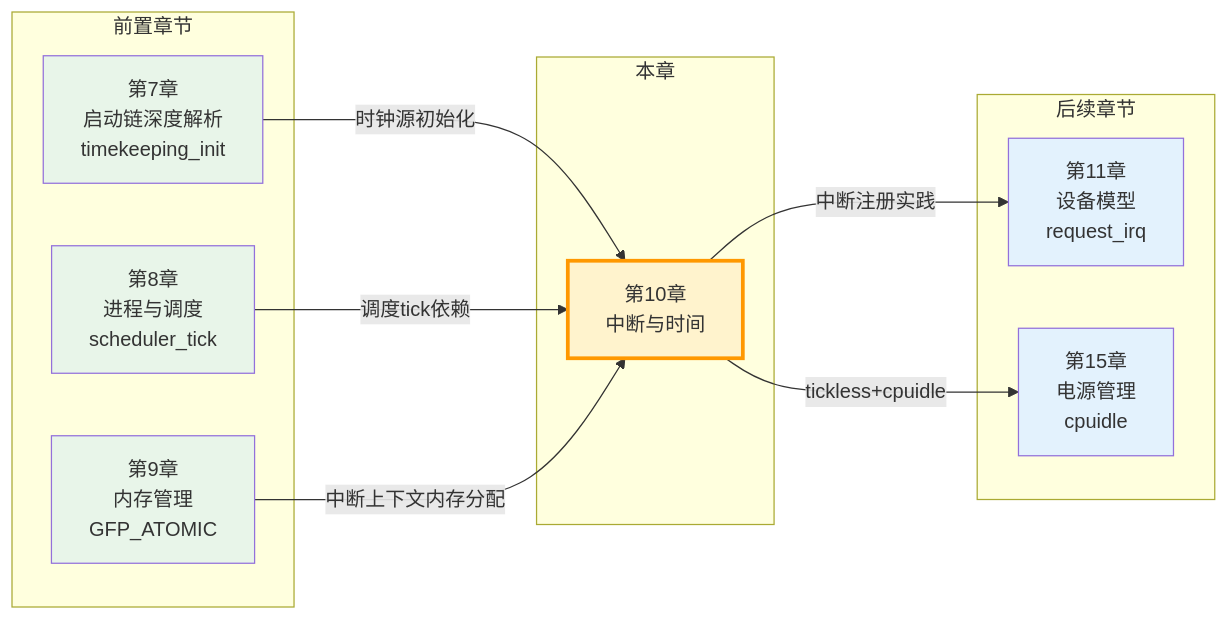
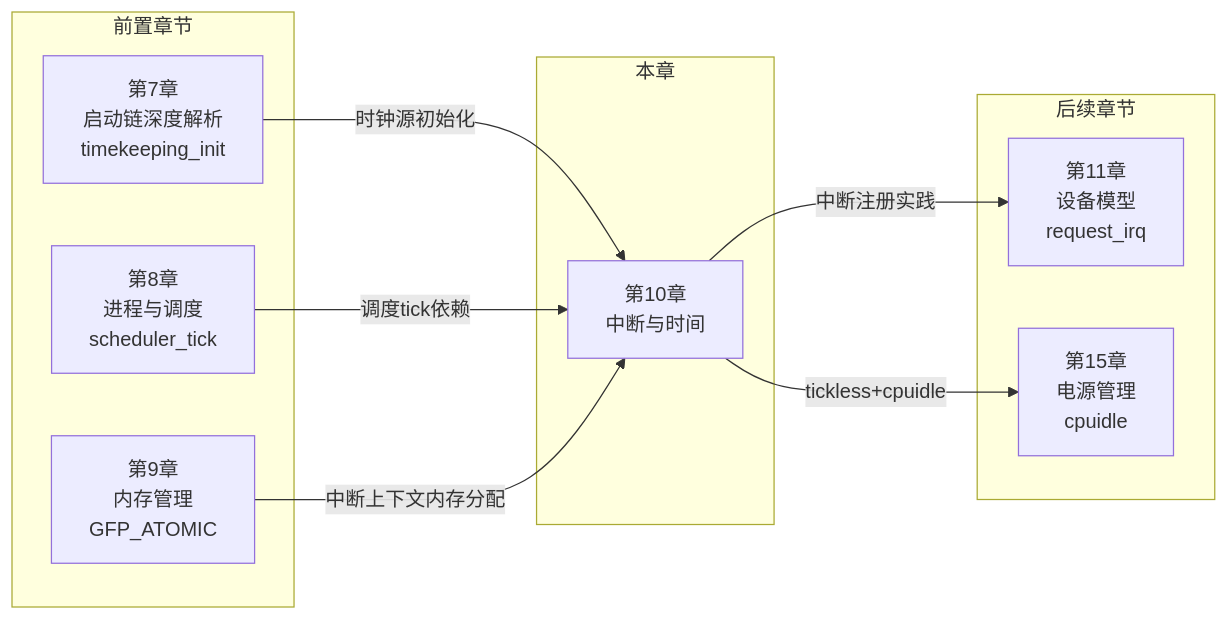
One commit to xiaohong0925/Embedded_Knowledge_System_V2026 changed the second of 2 diagrams in docs/02-核心机制深度解析/第10章 中断与时间/10.99_知识图谱与查漏补缺.md. Above: the diagram before and after it, drawn with Mermaid. The commit also changed other lines of this file and 10 other files, not shown here.

````diff
--- a/docs/02-核心机制深度解析/第10章 中断与时间/10.99_知识图谱与查漏补缺.md
+++ b/docs/02-核心机制深度解析/第10章 中断与时间/10.99_知识图谱与查漏补缺.md
@@ -348,30 +333,23 @@
 ```mermaid
 flowchart LR
     subgraph PREV["前置章节"]
         CH7["第7章<br/>启动链深度解析<br/>timekeeping_init"]
         CH8["第8章<br/>进程与调度<br/>scheduler_tick"]
         CH9["第9章<br/>内存管理<br/>GFP_ATOMIC"]
     end
 
     subgraph CURR["本章"]
         C10["第10章<br/>中断与时间"]
     end
 
     subgraph NEXT["后续章节"]
         CH11["第11章<br/>设备模型<br/>request_irq"]
         CH15["第15章<br/>电源管理<br/>cpuidle"]
     end
 
     CH7 -->|"时钟源初始化"| C10
     CH8 -->|"调度tick依赖"| C10
     CH9 -->|"中断上下文内存分配"| C10
     C10 -->|"中断注册实践"| CH11
     C10 -->|"tickless+cpuidle"| CH15
-
-    style C10 fill:#fff3cd,stroke:#ff9800,stroke-width:3px
-    style CH7 fill:#e8f5e9
-    style CH8 fill:#e8f5e9
-    style CH9 fill:#e8f5e9
-    style CH11 fill:#e3f2fd
-    style CH15 fill:#e3f2fd
 ```
````
